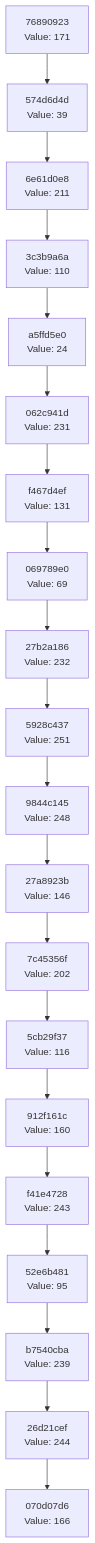
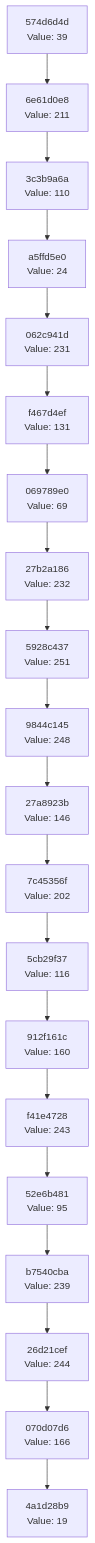
One commit to Abhisheksinha1506/hash-chain-evolver changed the diagram in docs/CHAIN_VISUALIZATION.md. Above: the diagram before and after it, drawn with Mermaid. The commit also changed 2 other files, not shown here.

Commit message:
Evolution step: hash 0x13 → action executed

````diff
--- a/docs/CHAIN_VISUALIZATION.md
+++ b/docs/CHAIN_VISUALIZATION.md
@@ -3,42 +3,42 @@
 ```mermaid
 graph TD
-    C0["070d07d6<br/>Value: 166"]
-    C1["26d21cef<br/>Value: 244"]
+    C0["4a1d28b9<br/>Value: 19"]
+    C1["070d07d6<br/>Value: 166"]
     C1 --> C0
-    C2["b7540cba<br/>Value: 239"]
+    C2["26d21cef<br/>Value: 244"]
     C2 --> C1
-    C3["52e6b481<br/>Value: 95"]
+    C3["b7540cba<br/>Value: 239"]
     C3 --> C2
-    C4["f41e4728<br/>Value: 243"]
+    C4["52e6b481<br/>Value: 95"]
     C4 --> C3
-    C5["912f161c<br/>Value: 160"]
+    C5["f41e4728<br/>Value: 243"]
     C5 --> C4
-    C6["5cb29f37<br/>Value: 116"]
+    C6["912f161c<br/>Value: 160"]
     C6 --> C5
-    C7["7c45356f<br/>Value: 202"]
+    C7["5cb29f37<br/>Value: 116"]
     C7 --> C6
-    C8["27a8923b<br/>Value: 146"]
+    C8["7c45356f<br/>Value: 202"]
     C8 --> C7
-    C9["9844c145<br/>Value: 248"]
+    C9["27a8923b<br/>Value: 146"]
     C9 --> C8
-    C10["5928c437<br/>Value: 251"]
+    C10["9844c145<br/>Value: 248"]
     C10 --> C9
-    C11["27b2a186<br/>Value: 232"]
+    C11["5928c437<br/>Value: 251"]
     C11 --> C10
-    C12["069789e0<br/>Value: 69"]
+    C12["27b2a186<br/>Value: 232"]
     C12 --> C11
-    C13["f467d4ef<br/>Value: 131"]
+    C13["069789e0<br/>Value: 69"]
     C13 --> C12
-    C14["062c941d<br/>Value: 231"]
+    C14["f467d4ef<br/>Value: 131"]
     C14 --> C13
-    C15["a5ffd5e0<br/>Value: 24"]
+    C15["062c941d<br/>Value: 231"]
     C15 --> C14
-    C16["3c3b9a6a<br/>Value: 110"]
+    C16["a5ffd5e0<br/>Value: 24"]
     C16 --> C15
-    C17["6e61d0e8<br/>Value: 211"]
+    C17["3c3b9a6a<br/>Value: 110"]
     C17 --> C16
-    C18["574d6d4d<br/>Value: 39"]
+    C18["6e61d0e8<br/>Value: 211"]
     C18 --> C17
-    C19["76890923<br/>Value: 171"]
+    C19["574d6d4d<br/>Value: 39"]
     C19 --> C18
 ```
````
